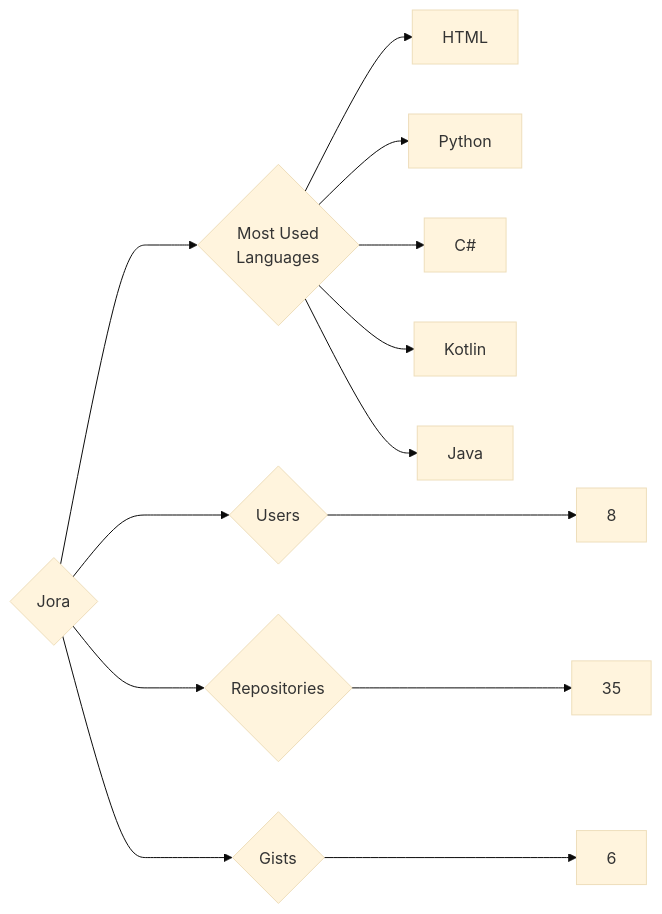
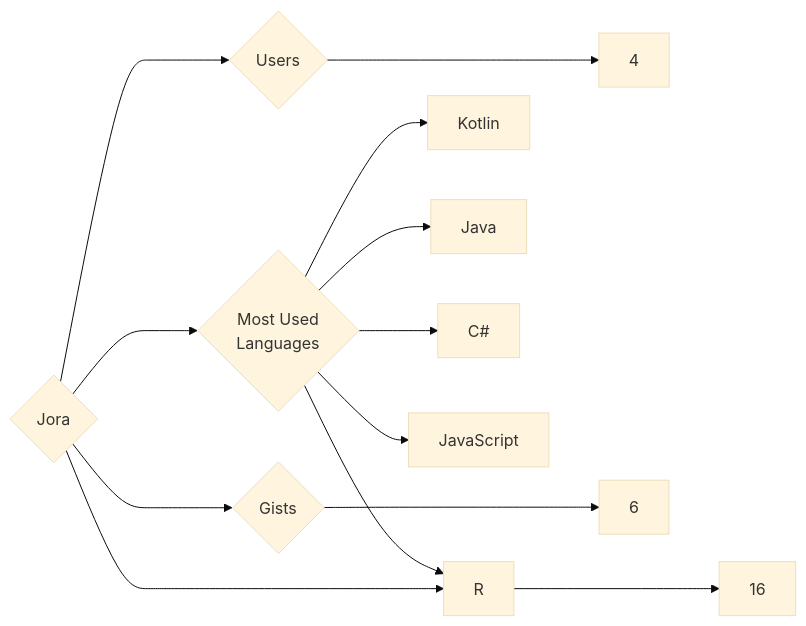
Before and after one commit to trickest/insiders: the diagram in targets/Jora/README.md, drawn with Mermaid (base theme). The commit also changed 826 other files, not shown here.

````diff
--- a/targets/Jora/README.md
+++ b/targets/Jora/README.md
@@ -3,13 +3,13 @@
 ```mermaid
 graph LR
 COMPANY_NAME{Jora}
-COMPANY_NAME ---> U{Users} ---> UN[8]
-COMPANY_NAME ---> R{Repositories} ---> RN[35]
+COMPANY_NAME ---> U{Users} ---> UN[4]
+COMPANY_NAME ---> R{Repositories} ---> RN[16]
 COMPANY_NAME ---> G{Gists} ---> GN[6]
 COMPANY_NAME ---> ML{Most Used<br>Languages}
-ML --> HTML[HTML]
-ML --> Python[Python]
-ML --> C#[C#]
 ML --> Kotlin[Kotlin]
 ML --> Java[Java]
+ML --> C#[C#]
+ML --> R[R]
+ML --> JavaScript[JavaScript]
 ```
````
